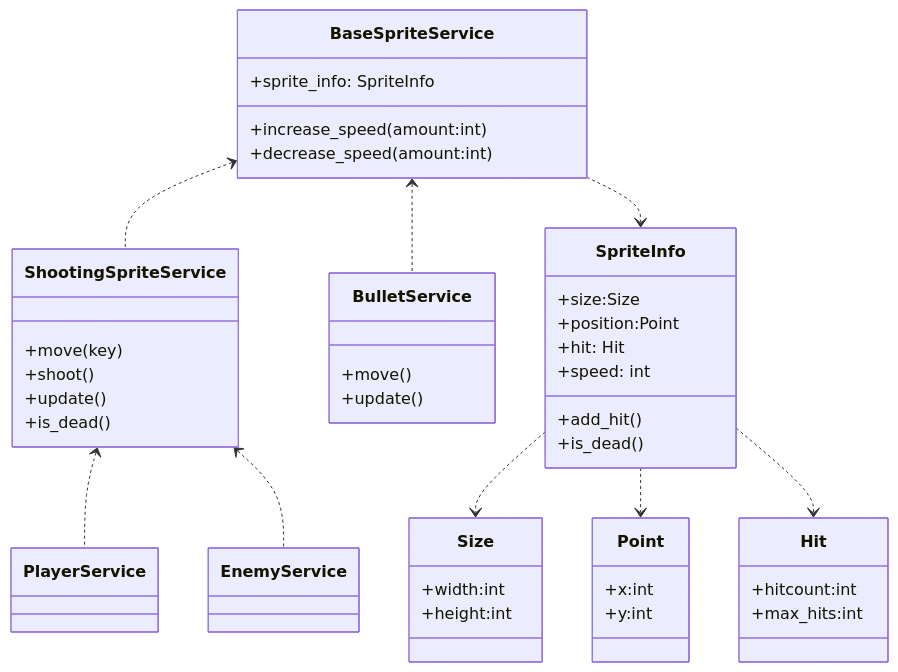
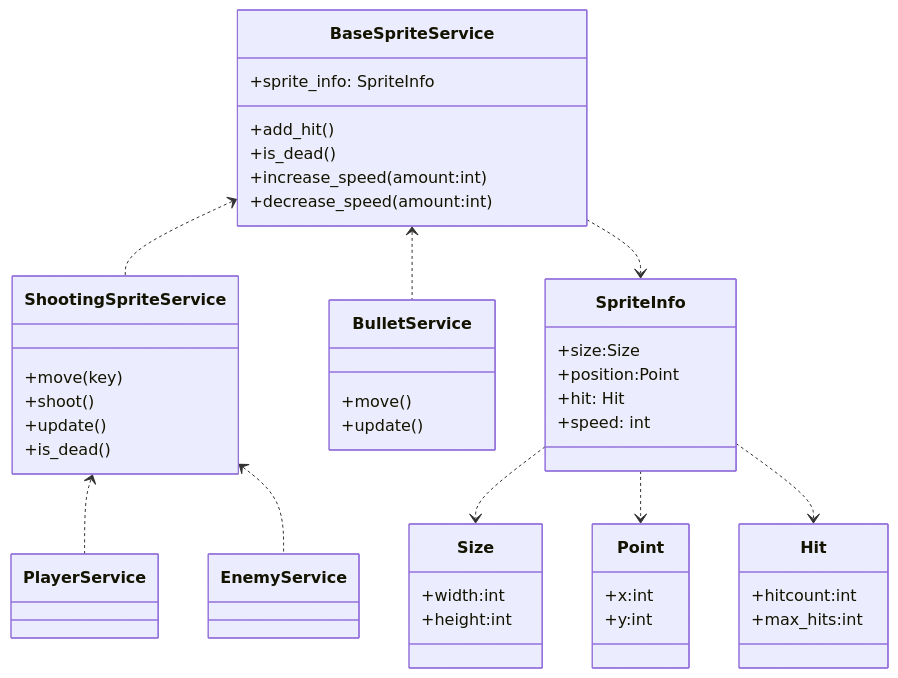
The fifth of 14 diagrams in dokumentaatio/arkkitehtuuri.md (Tapir79/ot-harjoitustyo), drawn with Mermaid before and after one commit. The commit also changed other lines of this file and 8 other files, not shown here.

````diff
--- a/dokumentaatio/arkkitehtuuri.md
+++ b/dokumentaatio/arkkitehtuuri.md
@@ -129,64 +129,64 @@
 ```mermaid
 classDiagram
     class BaseSpriteService {
         +sprite_info: SpriteInfo
+        +add_hit()
+        +is_dead()  
         +increase_speed(amount:int)
         +decrease_speed(amount:int)
     }
 
     class ShootingSpriteService {
         +move(key)
         +shoot()
         +update()
         +is_dead()
     }
 
     class PlayerService {
        
     }
 
     class EnemyService {
 
     }
 
     class BulletService {
         +move()
         +update()
     }
 
     class SpriteInfo{
         +size:Size
         +position:Point
         +hit: Hit
         +speed: int   
-        +add_hit()
-        +is_dead()  
     }
 
     class Size{
         +width:int
         +height:int
     }
 
     class  Point{
         +x:int
         +y:int
     }
 
     class  Hit{
         +hitcount:int
         +max_hits:int
     }
  
 
     BaseSpriteService <.. ShootingSpriteService
     BaseSpriteService <.. BulletService
 
     ShootingSpriteService <.. PlayerService
     ShootingSpriteService <.. EnemyService
 
     SpriteInfo ..> Size
     SpriteInfo ..> Point
     SpriteInfo ..> Hit
     BaseSpriteService ..> SpriteInfo
 ```
````
